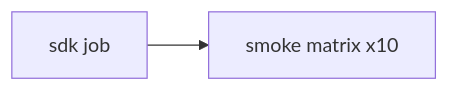
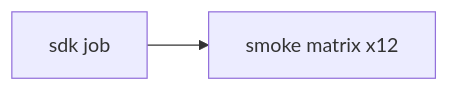
The diagram in docs/ci.md (julerex/lerux), drawn with Mermaid before and after one commit. The commit also changed other lines of this file and 19 other files, not shown here.

````diff
--- a/docs/ci.md
+++ b/docs/ci.md
@@ -10,6 +10,6 @@
 ```mermaid
 flowchart LR
   sdk[sdk job]
-  smoke[smoke matrix x10]
+  smoke[smoke matrix x12]
   sdk --> smoke
 ```
````
